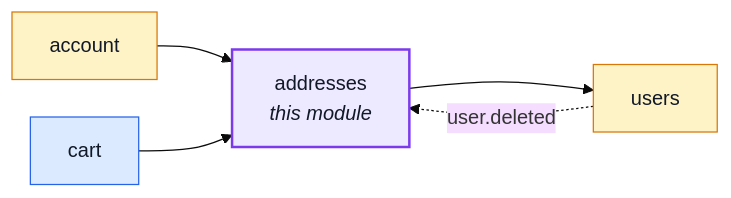
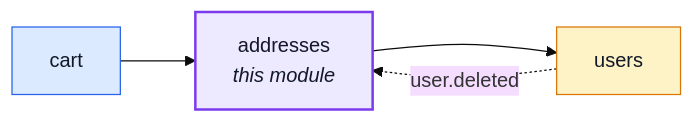
Before and after one commit to Guebbit/boilerplate-node-backend: the first of 2 diagrams in docs/modules/addresses.md, drawn with Mermaid (base theme). The commit also changed 35 other files, not shown here.

````diff
--- a/docs/modules/addresses.md
+++ b/docs/modules/addresses.md
@@ -19,21 +19,19 @@
 ```mermaid
 %%{init: {'flowchart': {'nodeSpacing': 30, 'rankSpacing': 60}}}%%
 flowchart LR
     addresses["addresses<br/><i>this module</i>"]
-    account["account"]
     cart["cart"]
     users["users"]
 
-    account --> addresses
     cart --> addresses
     addresses --> users
     users -. "user.deleted" .-> addresses
 
     classDef core fill:#dbeafe,stroke:#2563eb,color:#111827;
     classDef supporting fill:#fef3c7,stroke:#d97706,color:#111827;
     classDef generic fill:#dcfce7,stroke:#16a34a,color:#111827;
     classDef centre fill:#ede9fe,stroke:#7c3aed,stroke-width:2px,color:#111827;
     class cart core;
-    class account,users supporting;
+    class users supporting;
     class addresses centre;
 ```
````
